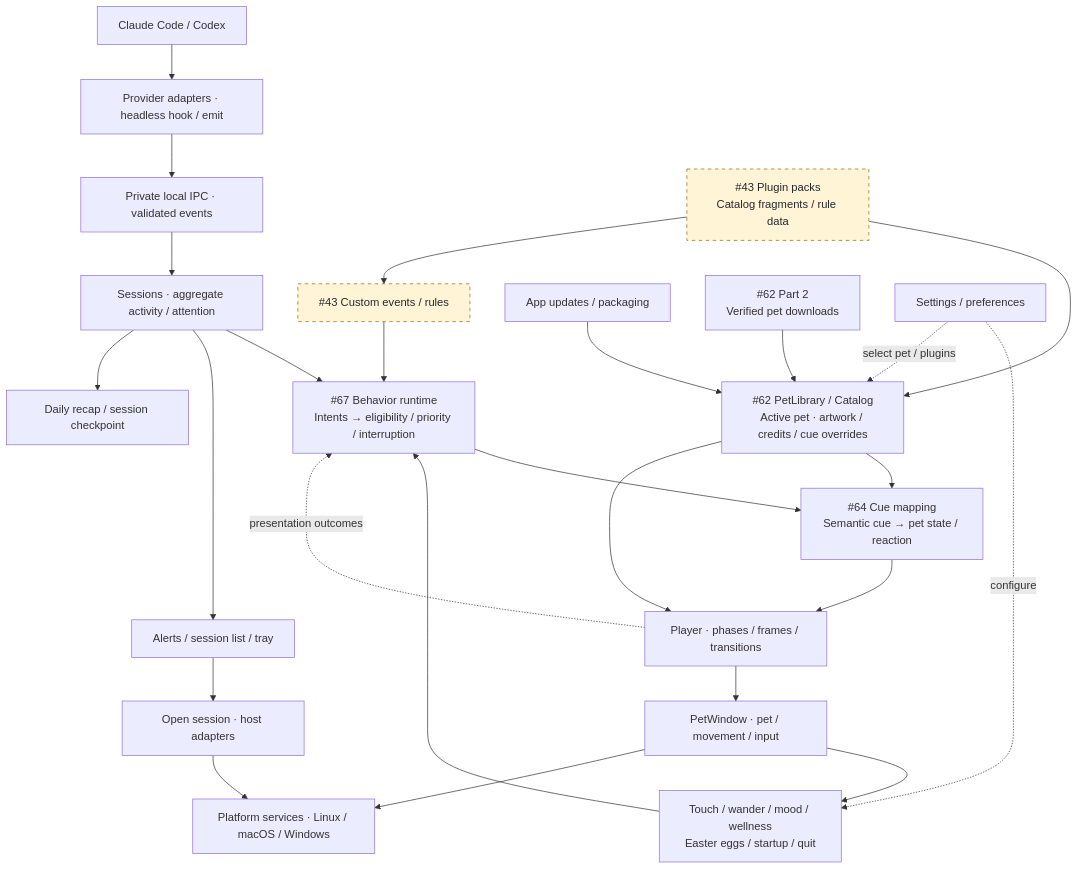
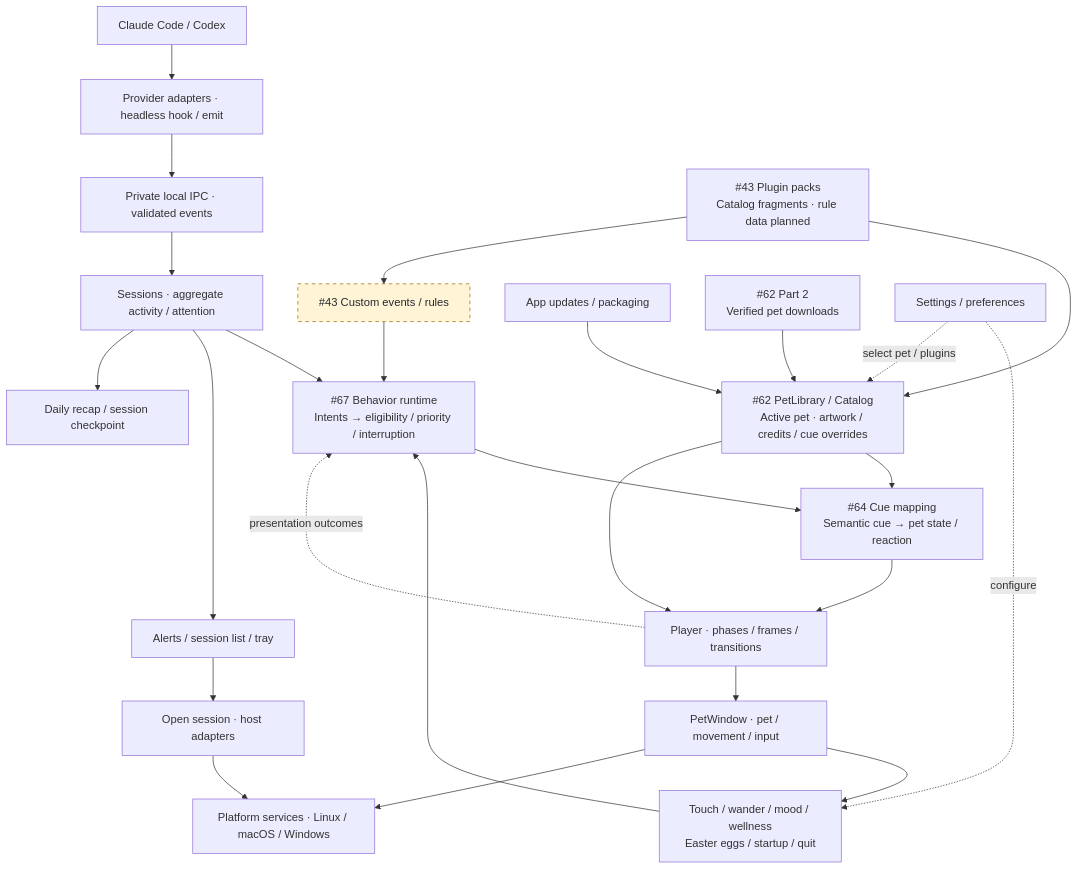
Before and after one commit to WindyWin/vpet-agent-pet: the first of 2 diagrams in README.md, drawn with Mermaid. The commit also changed other lines of this file and 31 other files, not shown here.

First line of the commit message:
Add plugin packs: catalog fragments merged into a pet (#43 phase 1)

````diff
--- a/README.md
+++ b/README.md
@@ -223,32 +224,32 @@
 ```mermaid
 flowchart TB
   agents["Claude Code / Codex"] --> input["Provider adapters · headless hook / emit"]
   input --> ipc["Private local IPC · validated events"]
   ipc --> sessions["Sessions · aggregate activity / attention"]
   sessions --> runtime["#67 Behavior runtime<br/>Intents → eligibility / priority / interruption"]
   life["Touch / wander / mood / wellness<br/>Easter eggs / startup / quit"] --> runtime
   custom["#43 Custom events / rules"] --> runtime
   runtime --> cues["#64 Cue mapping<br/>Semantic cue → pet state / reaction"]
   cues --> player["Player · phases / frames / transitions"]
   player --> window["PetWindow · pet / movement / input"]
   player -. presentation outcomes .-> runtime
   window --> life
 
   sessions --> alerts["Alerts / session list / tray"]
   alerts --> focus["Open session · host adapters"]
   focus --> platform["Platform services · Linux / macOS / Windows"]
   window --> platform
   sessions --> recap["Daily recap / session checkpoint"]
 
   packs["#62 PetLibrary / Catalog<br/>Active pet · artwork / credits / cue overrides"] --> cues
   packs --> player
-  plugins["#43 Plugin packs<br/>Catalog fragments / rule data"] --> packs
+  plugins["#43 Plugin packs<br/>Catalog fragments · rule data planned"] --> packs
   plugins --> custom
   updates["App updates / packaging"] --> packs
   downloads["#62 Part 2<br/>Verified pet downloads"] --> packs
   settings["Settings / preferences"] -. configure .-> life
   settings -. select pet / plugins .-> packs
 
   classDef planned fill:#fff4d6,stroke:#9a6700,stroke-dasharray:5 5,color:#24292f
-  class custom,plugins planned
+  class custom planned
 ```
````
